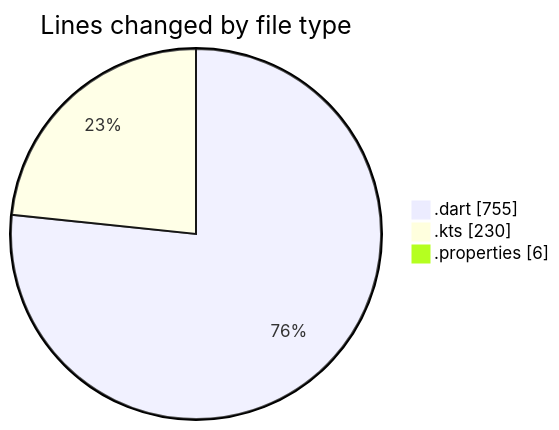
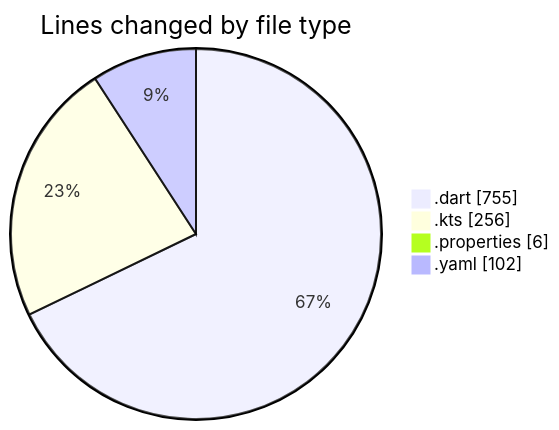
One commit to donsfak/code-tracking changed the first of 2 diagrams in 2025-02-24/drivers_app/README.md. Above: the diagram before and after it, drawn with Mermaid. The commit also changed other lines of this file and 1 other file, not shown here.

````diff
--- a/2025-02-24/drivers_app/README.md
+++ b/2025-02-24/drivers_app/README.md
@@ -26,7 +27,8 @@
 ```mermaid
 pie showData
 title Lines changed by file type
 ".dart" : 755
-".kts" : 230
+".kts" : 256
 ".properties" : 6
+".yaml" : 102
 ```
````
